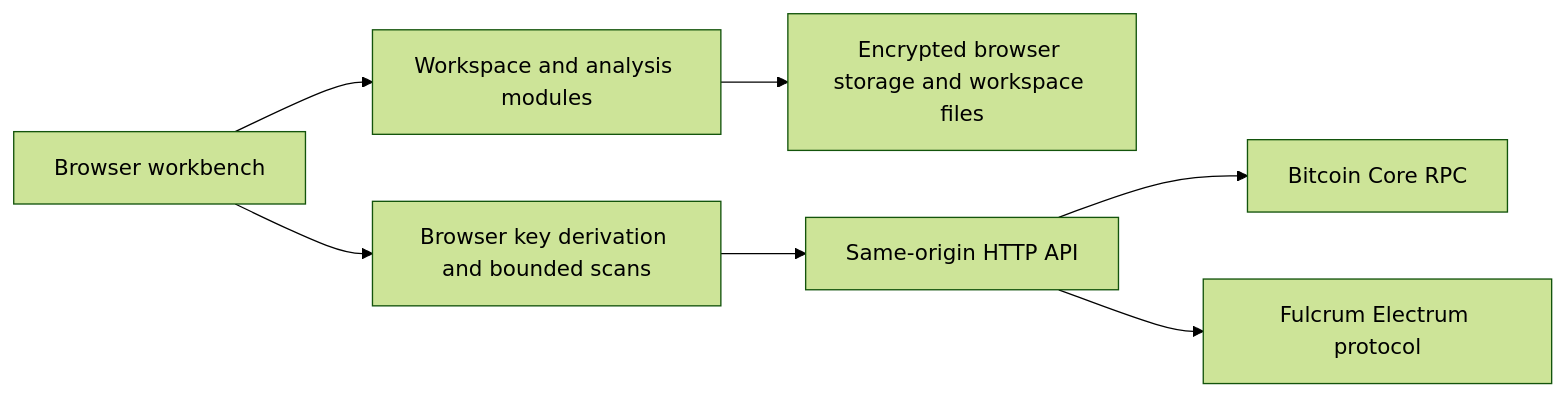
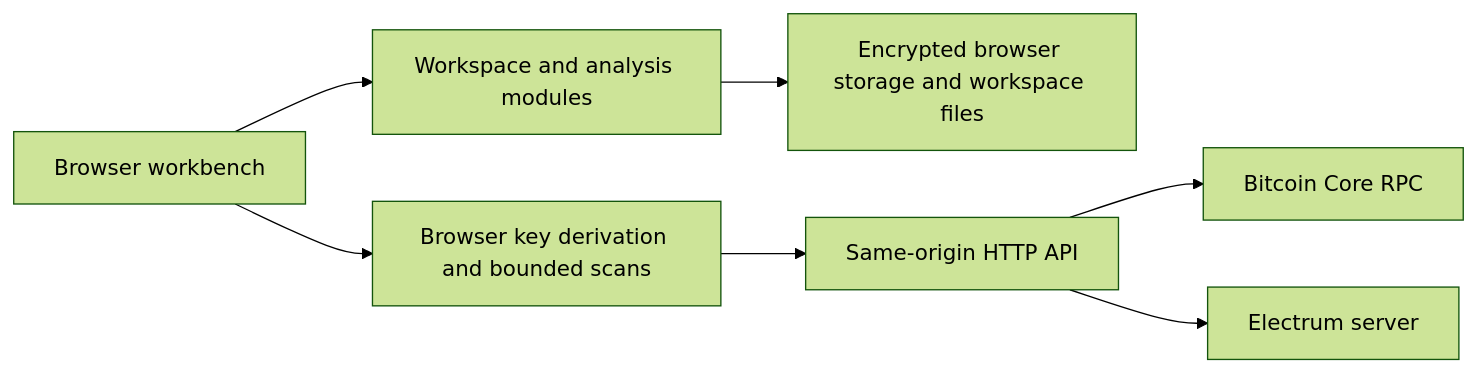
One commit to remcoros/chaingraph changed the diagram in docs/architecture.md. Above: the diagram before and after it, drawn with Mermaid (forest theme). The commit also changed other lines of this file and 178 other files, not shown here.

````diff
--- a/docs/architecture.md
+++ b/docs/architecture.md
@@ -5,9 +8,9 @@
 ```mermaid
 flowchart LR
   UI[Browser workbench] --> Domain[Workspace and analysis modules]
   Domain --> Vault[Encrypted browser storage and workspace files]
   UI --> Scan[Browser key derivation and bounded scans]
   Scan --> API[Same-origin HTTP API]
   API --> Core[Bitcoin Core RPC]
-  API --> Fulcrum[Fulcrum Electrum protocol]
+  API --> Fulcrum[Electrum server]
 ```
````
